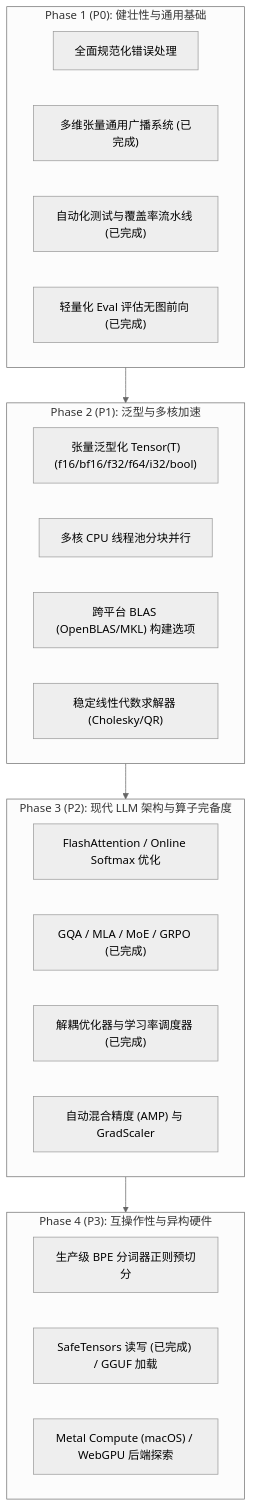
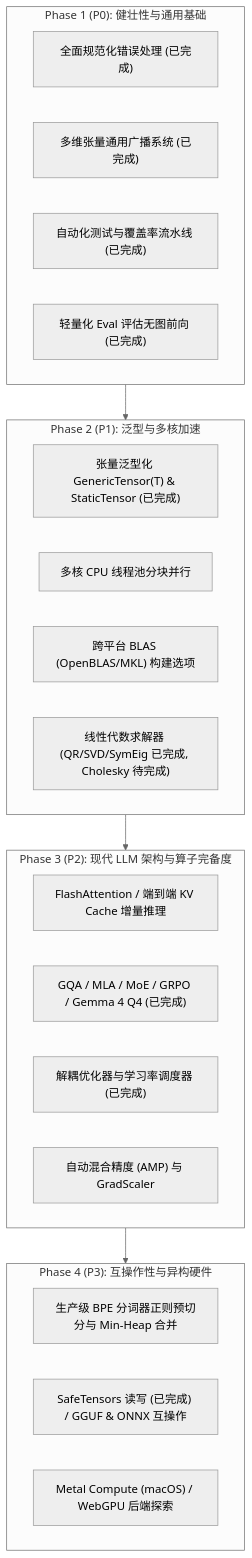
The diagram in plan/README.md (chen-gz/znn), drawn with Mermaid (neutral theme) before and after one commit. The commit also changed other lines of this file and 13 other files, not shown here.

````diff
--- a/plan/README.md
+++ b/plan/README.md
@@ -18,33 +18,33 @@
 ```mermaid
 flowchart TD
     subgraph Phase1["Phase 1 (P0): 健壮性与通用基础"]
-        P1_1["全面规范化错误处理"]
+        P1_1["全面规范化错误处理 (已完成)"]
         P1_2["多维张量通用广播系统 (已完成)"]
         P1_3["自动化测试与覆盖率流水线 (已完成)"]
         P1_4["轻量化 Eval 评估无图前向 (已完成)"]
     end
 
     subgraph Phase2["Phase 2 (P1): 泛型与多核加速"]
-        P2_1["张量泛型化 Tensor(T)<br>(f16/bf16/f32/f64/i32/bool)"]
+        P2_1["张量泛型化 GenericTensor(T) & StaticTensor (已完成)"]
         P2_2["多核 CPU 线程池分块并行"]
         P2_3["跨平台 BLAS (OpenBLAS/MKL) 构建选项"]
-        P2_4["稳定线性代数求解器 (Cholesky/QR)"]
+        P2_4["线性代数求解器 (QR/SVD/SymEig 已完成, Cholesky 待完成)"]
     end
 
     subgraph Phase3["Phase 3 (P2): 现代 LLM 架构与算子完备度"]
-        P3_1["FlashAttention / Online Softmax 优化"]
-        P3_2["GQA / MLA / MoE / GRPO (已完成)"]
+        P3_1["FlashAttention / 端到端 KV Cache 增量推理"]
+        P3_2["GQA / MLA / MoE / GRPO / Gemma 4 Q4 (已完成)"]
         P3_3["解耦优化器与学习率调度器 (已完成)"]
         P3_4["自动混合精度 (AMP) 与 GradScaler"]
     end
 
     subgraph Phase4["Phase 4 (P3): 互操作性与异构硬件"]
-        P4_1["生产级 BPE 分词器正则预切分"]
-        P4_2["SafeTensors 读写 (已完成) / GGUF 加载"]
+        P4_1["生产级 BPE 分词器正则预切分与 Min-Heap 合并"]
+        P4_2["SafeTensors 读写 (已完成) / GGUF & ONNX 互操作"]
         P4_3["Metal Compute (macOS) / WebGPU 后端探索"]
     end
 
     Phase1 --> Phase2
     Phase2 --> Phase3
     Phase3 --> Phase4
 ```
````
